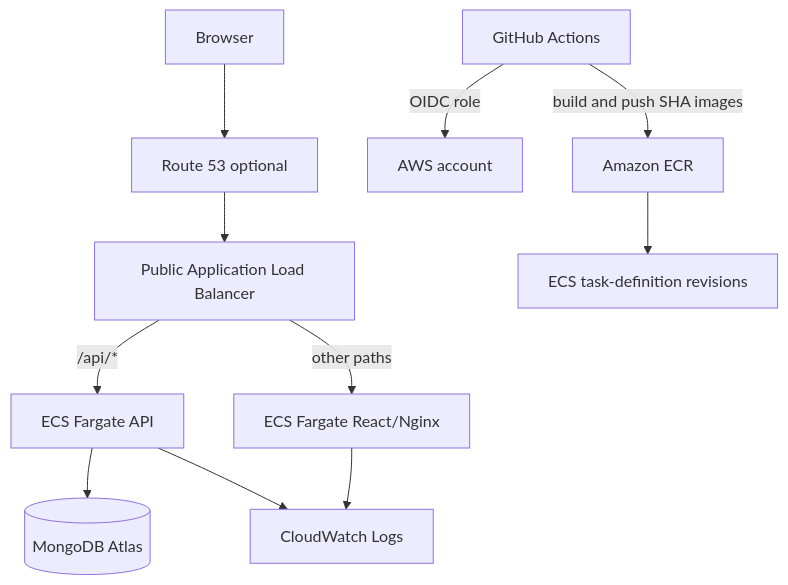
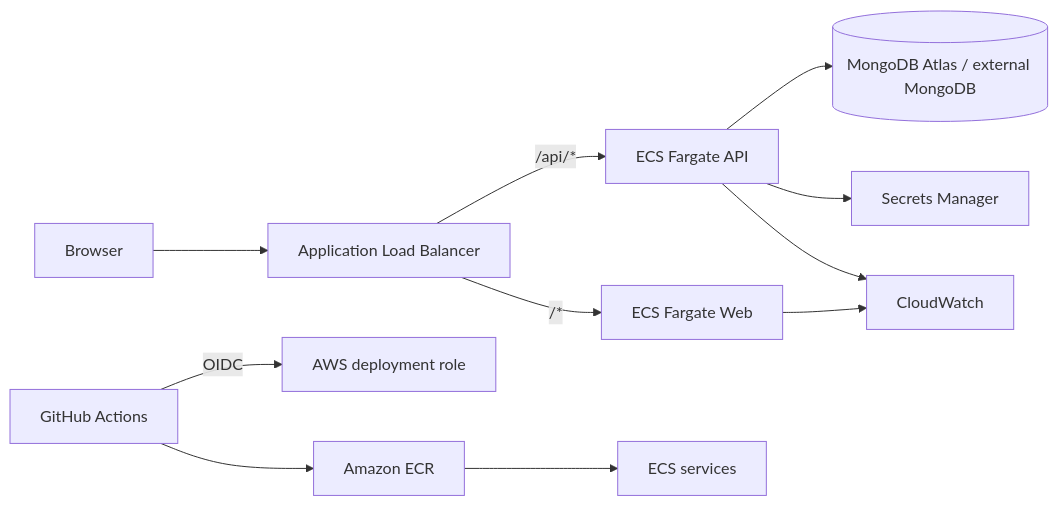
The diagram in README.md (S-charan120/homaid-aws-ecs), drawn with Mermaid before and after one commit. The commit also changed other lines of this file and 2 other files, not shown here.

First line of the commit message:
Complete Homaid AWS ECS portfolio implementation

````diff
--- a/README.md
+++ b/README.md
@@ -23,13 +21,13 @@
 ```mermaid
-flowchart TB
-  B[Browser] --> DNS[Route 53 optional]
-  DNS --> ALB[Public Application Load Balancer]
+flowchart LR
+  U[Browser] --> ALB[Application Load Balancer]
   ALB -->|/api/*| API[ECS Fargate API]
-  ALB -->|other paths| WEB[ECS Fargate React/Nginx]
-  API --> M[(MongoDB Atlas)]
-  API --> CW[CloudWatch Logs]
+  ALB -->|/*| WEB[ECS Fargate Web]
+  API --> DB[(MongoDB Atlas / external MongoDB)]
+  API --> SM[Secrets Manager]
+  API --> CW[CloudWatch]
   WEB --> CW
-  GH[GitHub Actions] -->|OIDC role| AWS[AWS account]
-  GH -->|build and push SHA images| ECR[Amazon ECR]
-  ECR --> ECS[ECS task-definition revisions]
+  GH[GitHub Actions] -->|OIDC| IAM[AWS deployment role]
+  GH --> ECR[Amazon ECR]
+  ECR --> ECS[ECS services]
 ```
````
